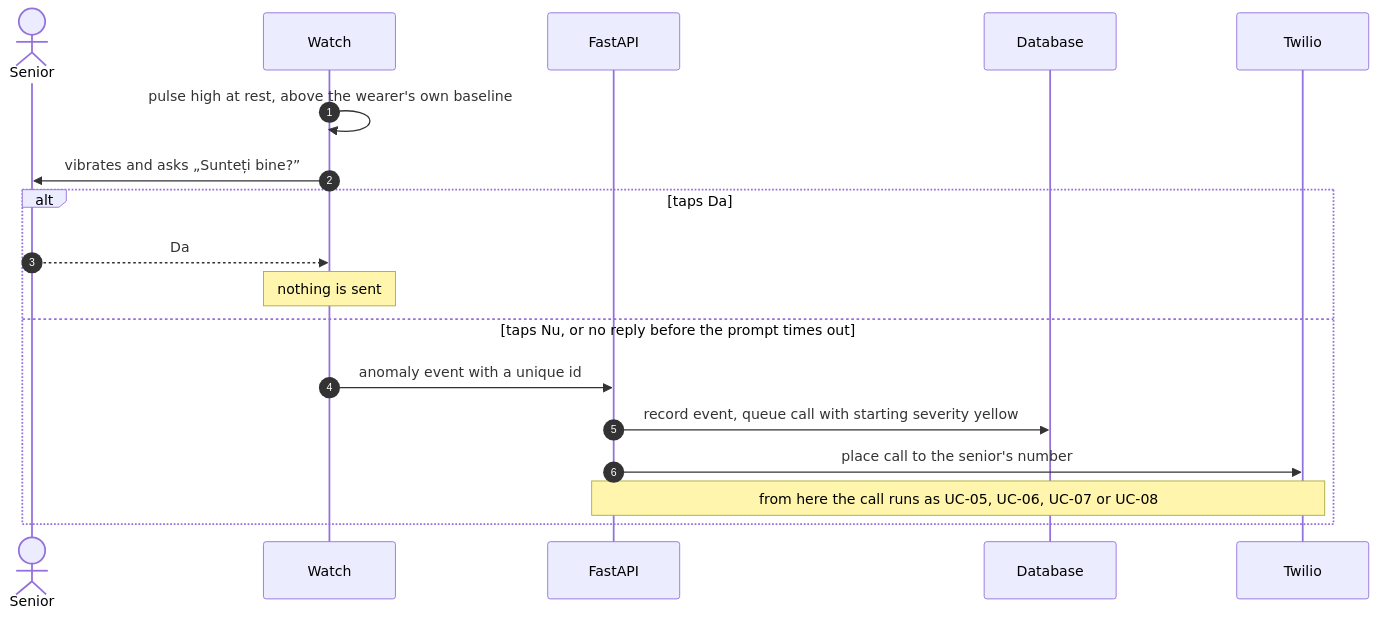
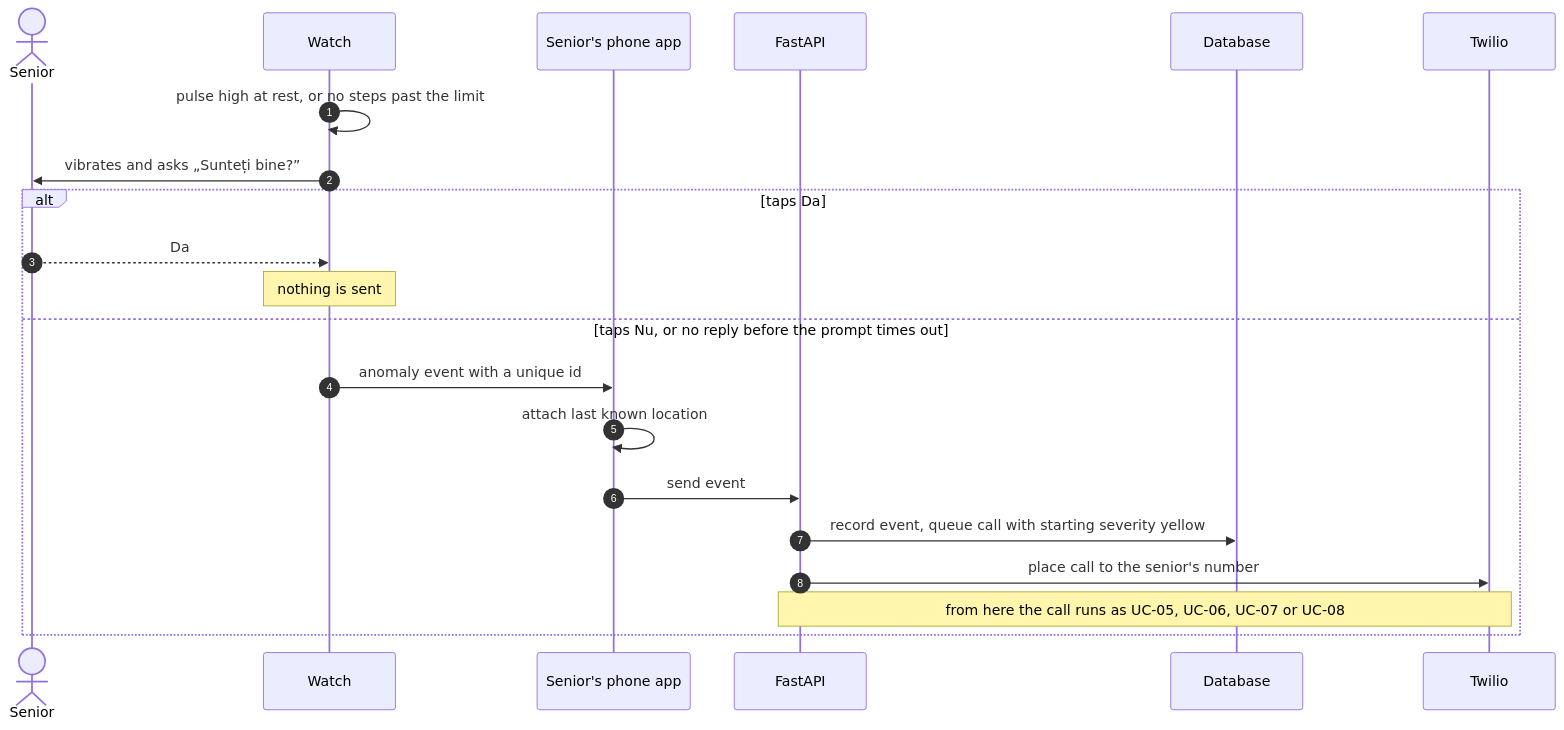
One commit to paulhondola/EchoCare changed the sixth of 7 diagrams in docs/specs/sentinela/02-use-cases.md. Above: the diagram before and after it, drawn with Mermaid. The commit also changed other lines of this file and 6 other files, not shown here.

First line of the commit message:
Revise Sentinela MVP architecture and rules

````diff
--- a/docs/specs/sentinela/02-use-cases.md
+++ b/docs/specs/sentinela/02-use-cases.md
@@ -391,21 +415,24 @@
 ```mermaid
 sequenceDiagram
     autonumber
     actor S as Senior
     participant W as Watch
+    participant PA as Senior's phone app
     participant F as FastAPI
     participant DB as Database
     participant T as Twilio
 
-    W->>W: pulse high at rest, above the wearer's own baseline
+    W->>W: pulse high at rest, or no steps past the limit
     W->>S: vibrates and asks „Sunteți bine?”
     alt taps Da
         S-->>W: Da
         Note over W: nothing is sent
     else taps Nu, or no reply before the prompt times out
-        W->>F: anomaly event with a unique id
+        W->>PA: anomaly event with a unique id
+        PA->>PA: attach last known location
+        PA->>F: send event
         F->>DB: record event, queue call with starting severity yellow
         F->>T: place call to the senior's number
         Note over F,T: from here the call runs as UC-05, UC-06, UC-07 or UC-08
     end
 ```
````
